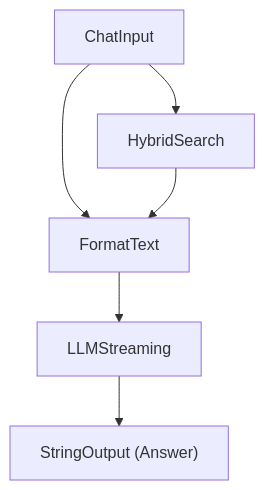
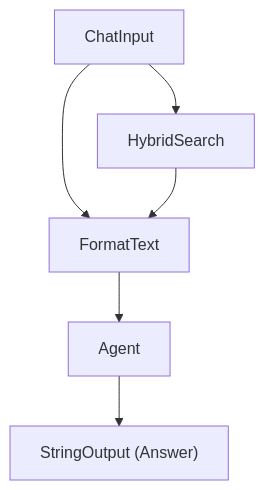
The fourth of 11 diagrams in docs/cookbook/patterns.md (nodetool-ai/nodetool), drawn with Mermaid before and after one commit. The commit also changed other lines of this file and 18 other files, not shown here.

```diff
--- a/docs/cookbook/patterns.md
+++ b/docs/cookbook/patterns.md
@@ -135,13 +132,13 @@
 {% mermaid %}
 graph TD
   chat_input["ChatInput"]
   string_output["StringOutput (Answer)"]
   format_text["FormatText"]
   hybrid_search["HybridSearch"]
-  llm_streaming["LLMStreaming"]
+  agent["Agent"]
   chat_input --> format_text
   chat_input --> hybrid_search
   hybrid_search --> format_text
-  format_text --> llm_streaming
-  llm_streaming --> string_output
+  format_text --> agent
+  agent --> string_output
 {% endmermaid %}
```
